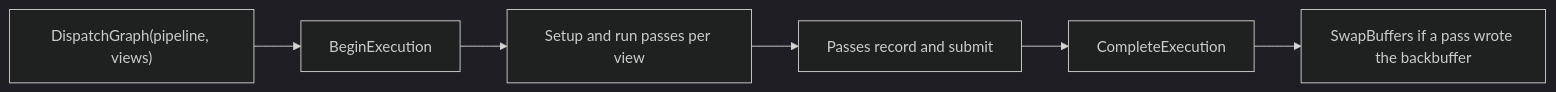
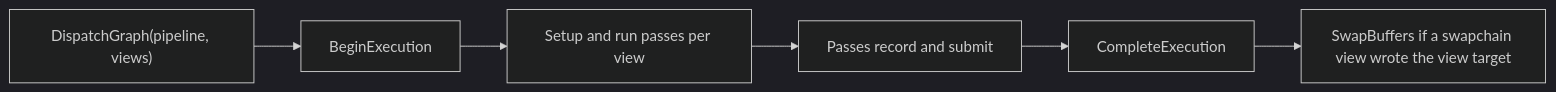
One commit to Acissathar/Anthology changed the diagram in Graphite/docs/api/getting-started.md. Above: the diagram before and after it, drawn with Mermaid (dark theme). The commit also changed other lines of this file and 4 other files, not shown here.

````diff
--- a/Graphite/docs/api/getting-started.md
+++ b/Graphite/docs/api/getting-started.md
@@ -281,8 +281,8 @@
 ```mermaid
 flowchart LR
     A["DispatchGraph(pipeline, views)"] --> B["BeginExecution"]
     B --> C["Setup and run passes per view"]
     C --> D["Passes record and submit"]
     D --> E["CompleteExecution"]
-    E --> F["SwapBuffers if a pass wrote the backbuffer"]
+    E --> F["SwapBuffers if a swapchain view wrote the view target"]
 ```
````
